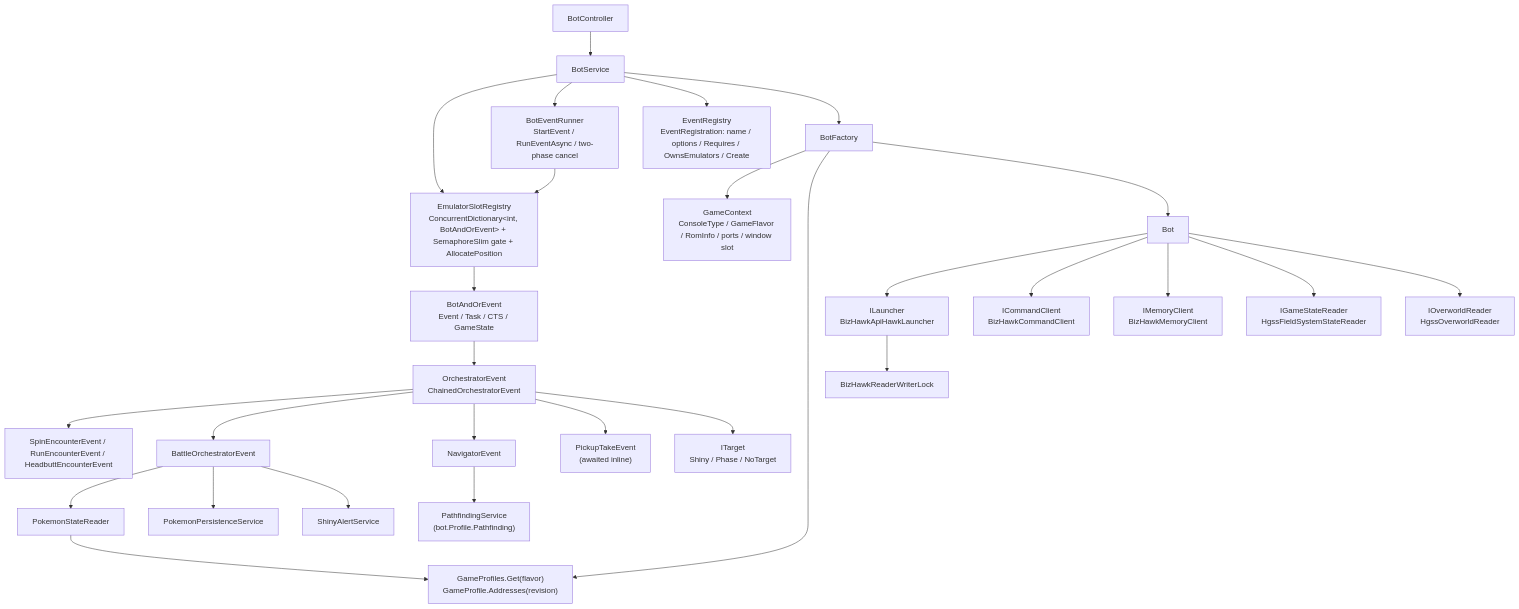
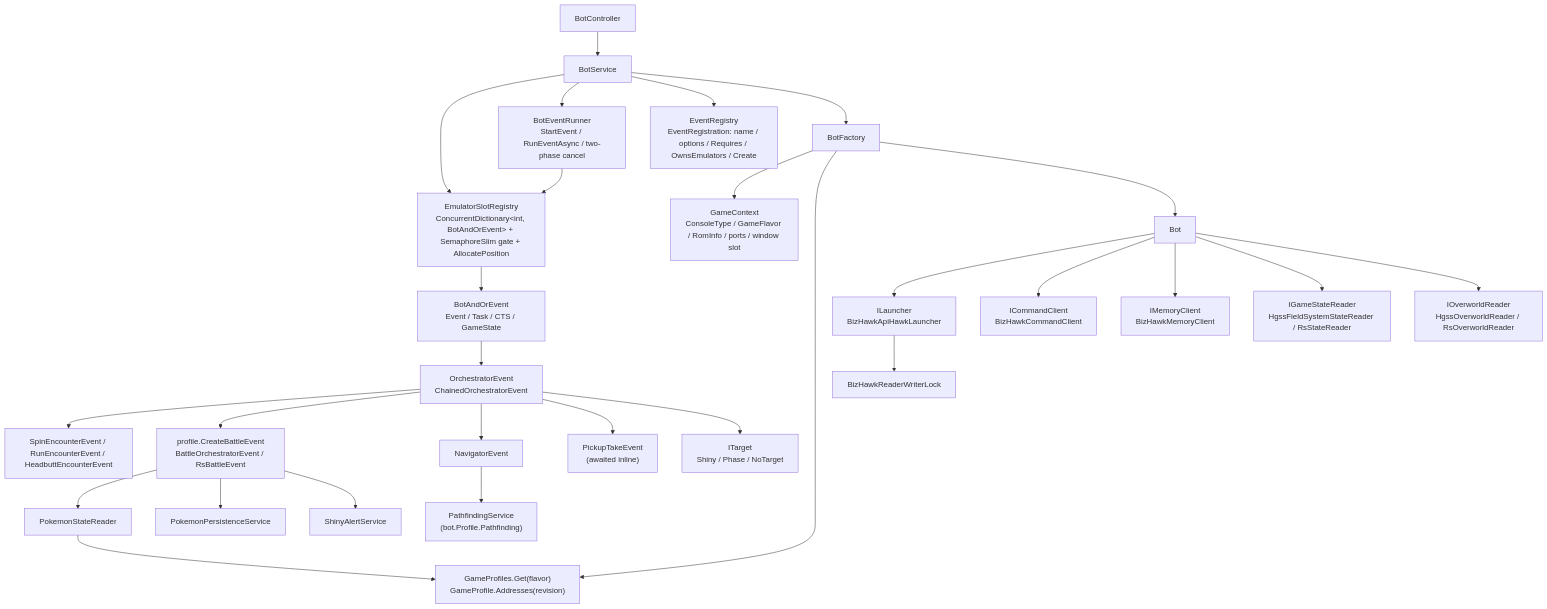
One commit to ppicinic/ShinyBotHunter changed the second of 2 diagrams in docs/architecture/system-overview.md. Above: the diagram before and after it, drawn with Mermaid. The commit also changed other lines of this file, not shown here.

Commit message:
Step 6: architecture sections 5, 7 and 11 for RS wild encounters

````diff
--- a/docs/architecture/system-overview.md
+++ b/docs/architecture/system-overview.md
@@ -123,28 +123,28 @@
 ```mermaid
 flowchart TD
   BC[BotController] --> BS[BotService]
   BS --> REG["EmulatorSlotRegistry<br/>ConcurrentDictionary&lt;int, BotAndOrEvent&gt; + SemaphoreSlim gate + AllocatePosition"]
   BS --> RUN["BotEventRunner<br/>StartEvent / RunEventAsync / two-phase cancel"]
   RUN --> REG
   BS --> ER["EventRegistry<br/>EventRegistration: name / options / Requires / OwnsEmulators / Create"]
   BS --> BF[BotFactory]
   BF --> GC["GameContext<br/>ConsoleType / GameFlavor / RomInfo / ports / window slot"]
   BF --> GP["GameProfiles.Get(flavor)<br/>GameProfile.Addresses(revision)"]
   BF --> Bot
   Bot --> L["ILauncher<br/>BizHawkApiHawkLauncher"]
   Bot --> CC["ICommandClient<br/>BizHawkCommandClient"]
   Bot --> MC["IMemoryClient<br/>BizHawkMemoryClient"]
-  Bot --> SR["IGameStateReader<br/>HgssFieldSystemStateReader"]
-  Bot --> OR["IOverworldReader<br/>HgssOverworldReader"]
+  Bot --> SR["IGameStateReader<br/>HgssFieldSystemStateReader / RsStateReader"]
+  Bot --> OR["IOverworldReader<br/>HgssOverworldReader / RsOverworldReader"]
   L --> RWL[BizHawkReaderWriterLock]
   REG --> BAE["BotAndOrEvent<br/>Event / Task / CTS / GameState"]
   BAE --> OE["OrchestratorEvent<br/>ChainedOrchestratorEvent"]
   OE --> ENC["SpinEncounterEvent / RunEncounterEvent / HeadbuttEncounterEvent"]
-  OE --> BOE[BattleOrchestratorEvent]
+  OE --> BOE["profile.CreateBattleEvent<br/>BattleOrchestratorEvent / RsBattleEvent"]
   OE --> NAV[NavigatorEvent] --> PF["PathfindingService<br/>(bot.Profile.Pathfinding)"]
   OE --> PTE["PickupTakeEvent<br/>(awaited inline)"]
   BOE --> PSR[PokemonStateReader] --> GP
   BOE --> PP[PokemonPersistenceService]
   BOE --> SA[ShinyAlertService]
   OE --> T["ITarget<br/>Shiny / Phase / NoTarget"]
 ```
````
